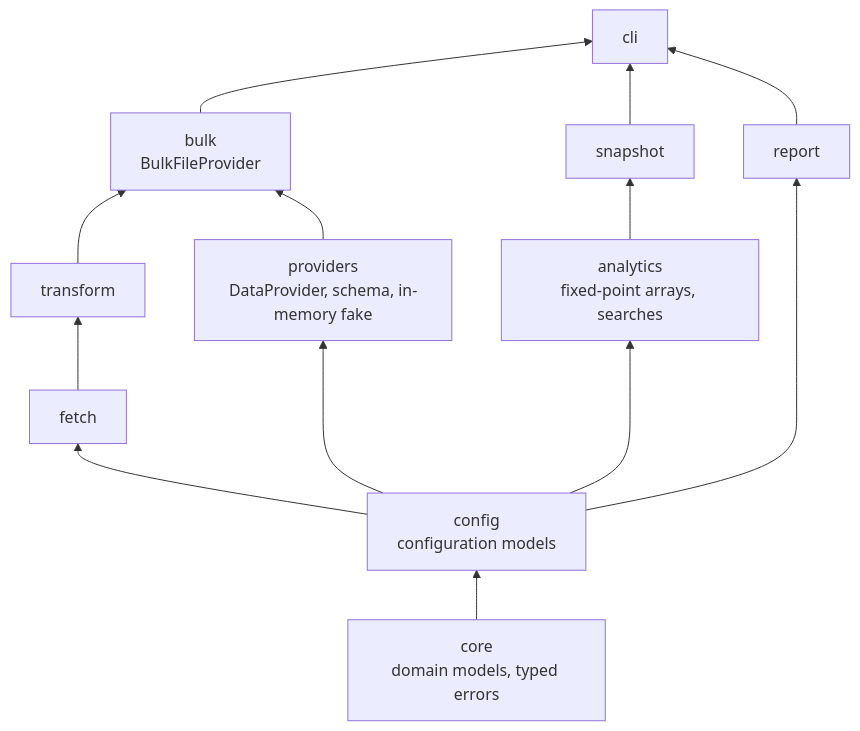
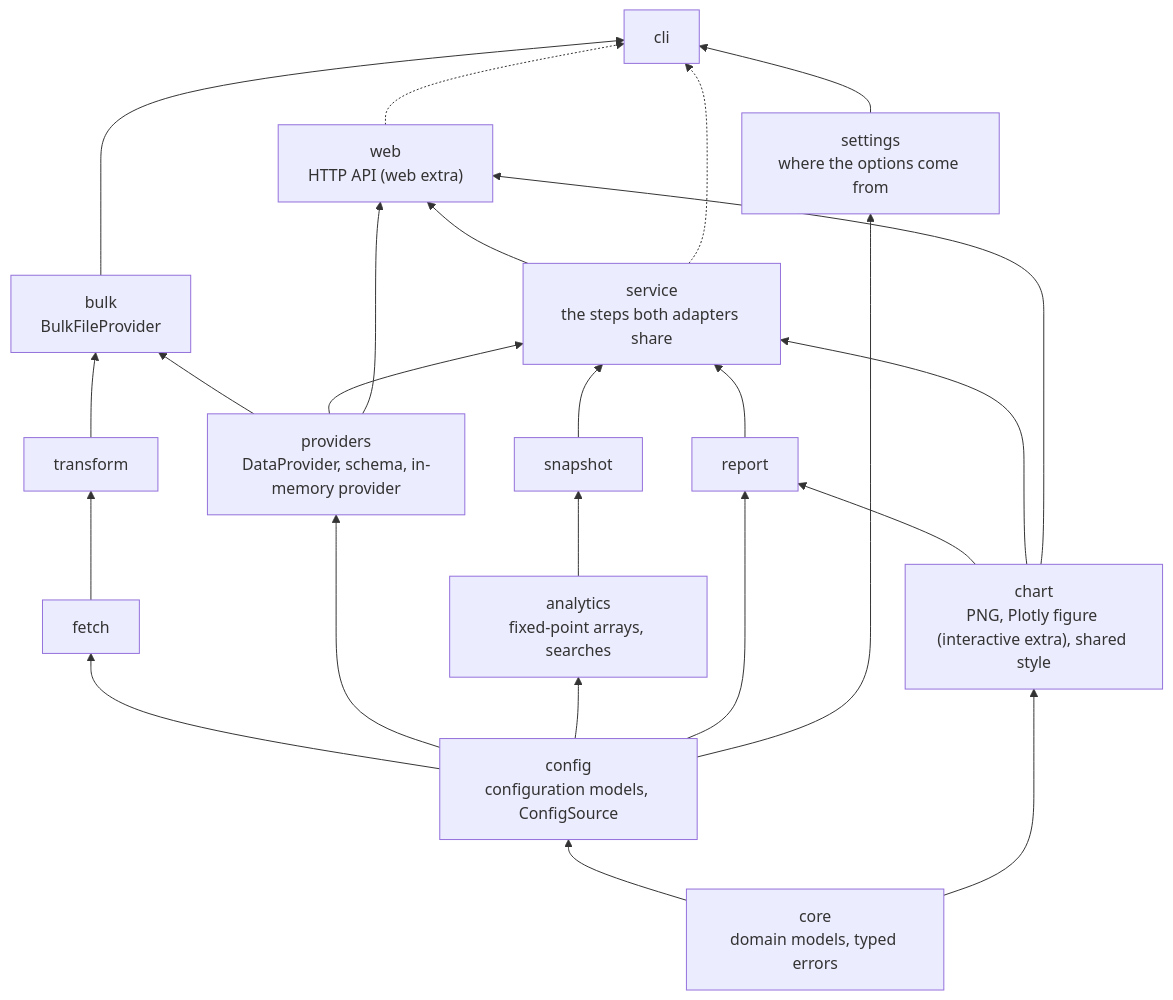
One commit to andrea-dm/policy-rate-monitor changed the second of 2 diagrams in README.md. Above: the diagram before and after it, drawn with Mermaid. The commit also changed other lines of this file and 29 other files, not shown here.

````diff
--- a/README.md
+++ b/README.md
@@ -123,26 +124,41 @@
 ```mermaid
 flowchart BT
     core["core<br/>domain models, typed errors"]
-    config["config<br/>configuration models"]
+    config["config<br/>configuration models, ConfigSource"]
     fetch["fetch"]
     transform["transform"]
-    providers["providers<br/>DataProvider, schema, in-memory fake"]
+    providers["providers<br/>DataProvider, schema, in-memory provider"]
     bulk["bulk<br/>BulkFileProvider"]
     analytics["analytics<br/>fixed-point arrays, searches"]
     snapshot["snapshot"]
     report["report"]
+    service["service<br/>the steps both adapters share"]
+    chart["chart<br/>PNG, Plotly figure (interactive extra), shared style"]
+    web["web<br/>HTTP API (web extra)"]
+    settings["settings<br/>where the options come from"]
     cli["cli"]
 
     core --> config
     config --> fetch
     config --> providers
+    config --> analytics
     fetch --> transform
     transform --> bulk
     providers --> bulk
-    config --> analytics
     analytics --> snapshot
     config --> report
+    core --> chart
+    providers --> service
+    snapshot --> service
+    report --> service
+    chart --> report
+    chart --> service
+    chart --> web
+    service --> web
+    providers --> web
+    service -.-> cli
     bulk --> cli
-    snapshot --> cli
-    report --> cli
+    web -.-> cli
+    config --> settings
+    settings --> cli
 ```
````
